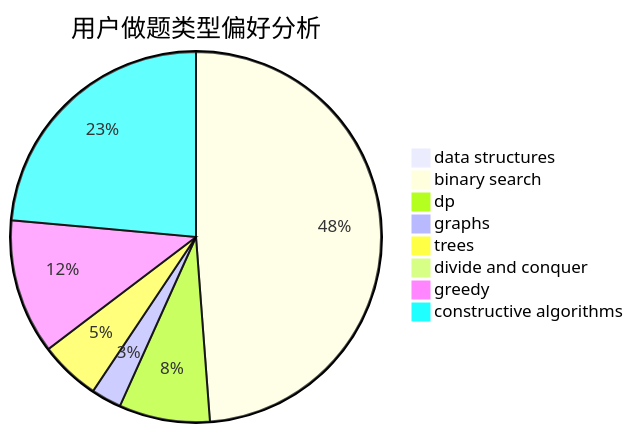
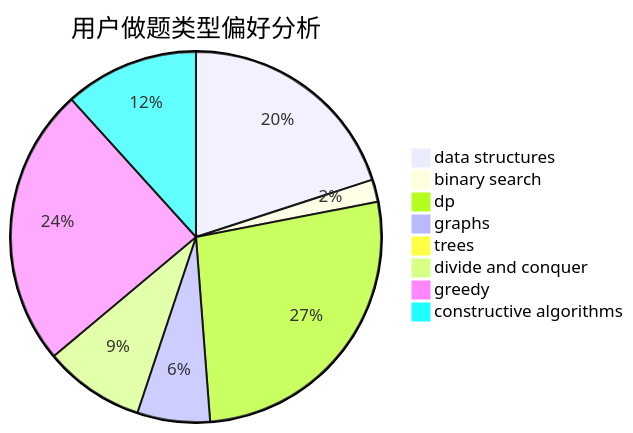
The second of 3 diagrams in docs/user/u2645.md (sherpahu/cfrs.github.io), drawn with Mermaid before and after one commit. The commit also changed other lines of this file and 2770 other files, not shown here.

````diff
--- a/docs/user/u2645.md
+++ b/docs/user/u2645.md
@@ -23,11 +23,11 @@
 ```mermaid
 pie title 用户做题类型偏好分析
-    "data structures" :  3
-    "binary search" :  203
-    "dp" :  33
-    "graphs" :  11
-    "trees" :  22
-    "divide and conquer" :  0
-    "greedy" :  49
-    "constructive algorithms" :  98
+    "data structures" :  41
+    "binary search" :  4
+    "dp" :  55
+    "graphs" :  13
+    "trees" :  0
+    "divide and conquer" :  18
+    "greedy" :  50
+    "constructive algorithms" :  24
 ```
````
